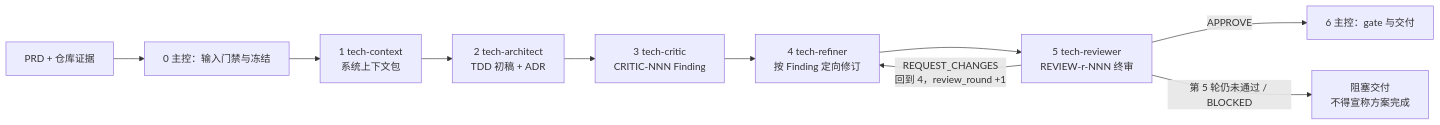
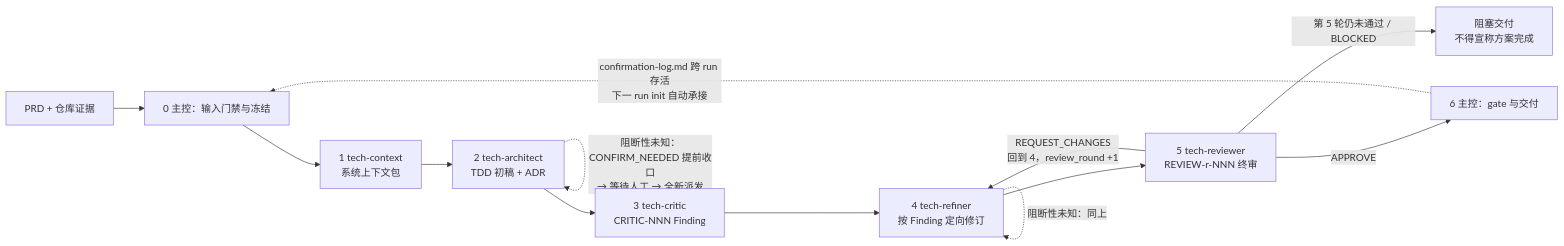
One commit to luming1617/CodeKit changed the diagram in skills/technical-doc/SKILL.md. Above: the diagram before and after it, drawn with Mermaid. The commit also changed other lines of this file and 4 other files, not shown here.

````diff
--- a/skills/technical-doc/SKILL.md
+++ b/skills/technical-doc/SKILL.md
@@ -16,12 +16,15 @@
 ```mermaid
 flowchart LR
     I["PRD + 仓库证据"] --> S0["0 主控：输入门禁与冻结"]
     S0 --> S1["1 tech-context<br/>系统上下文包"]
     S1 --> S2["2 tech-architect<br/>TDD 初稿 + ADR"]
     S2 --> S3["3 tech-critic<br/>CRITIC-NNN Finding"]
     S3 --> S4["4 tech-refiner<br/>按 Finding 定向修订"]
     S4 --> S5["5 tech-reviewer<br/>REVIEW-r-NNN 终审"]
     S5 -->|"REQUEST_CHANGES<br/>回到 4，review_round +1"| S4
     S5 -->|APPROVE| S6["6 主控：gate 与交付"]
     S5 -->|"第 5 轮仍未通过 / BLOCKED"| B["阻塞交付<br/>不得宣称方案完成"]
+    S2 -.->|"阻断性未知：CONFIRM_NEEDED 提前收口<br/>→ 等待人工 → 全新派发"| S2
+    S4 -.->|"阻断性未知：同上"| S4
+    S6 -.->|"confirmation-log.md 跨 run 存活<br/>下一 run init 自动承接"| S0
 ```
````
